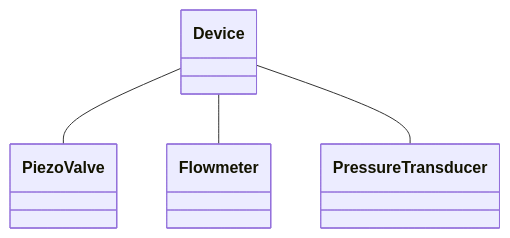
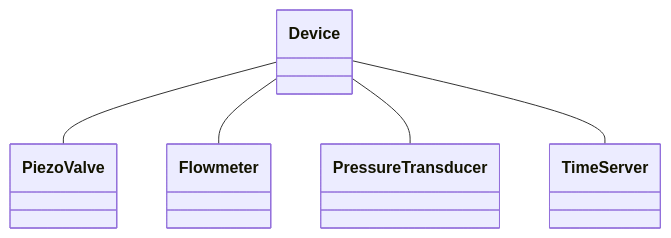
Before and after one commit to BaPSF/bapsf_gaspuff: the first of 2 diagrams in README.md, drawn with Mermaid. The commit also changed other lines of this file, not shown here.

````diff
--- a/README.md
+++ b/README.md
@@ -3,6 +3,7 @@
 ```mermaid
 classDiagram
     Device -- PiezoValve
     Device -- Flowmeter
     Device -- PressureTransducer
+    Device -- TimeServer
 ```
````
